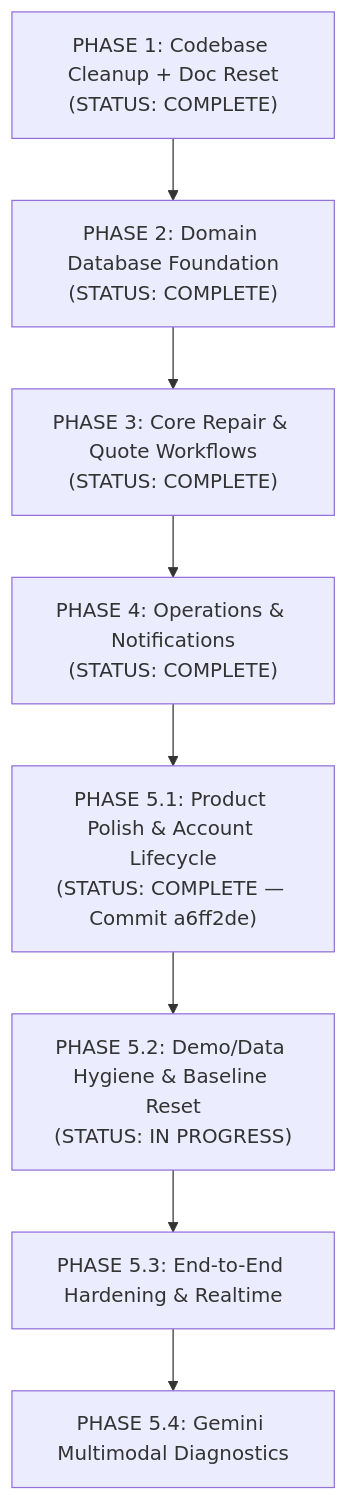
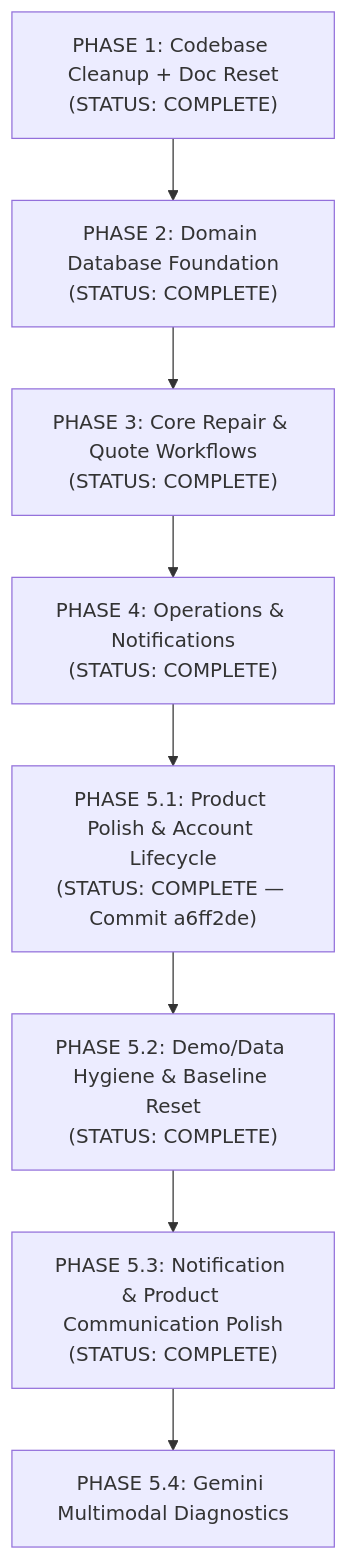
The diagram in IMPLEMENTATION_PLAN.md (ankitchamke/TerraByte), drawn with Mermaid before and after one commit. The commit also changed other lines of this file and 18 other files, not shown here.

Commit message:
feat: complete phase 5.3 notification polish

````diff
--- a/IMPLEMENTATION_PLAN.md
+++ b/IMPLEMENTATION_PLAN.md
@@ -15,10 +15,10 @@
 ```mermaid
 flowchart TD
     P1["PHASE 1: Codebase Cleanup + Doc Reset<br/>(STATUS: COMPLETE)"] --> P2["PHASE 2: Domain Database Foundation<br/>(STATUS: COMPLETE)"]
     P2 --> P3["PHASE 3: Core Repair & Quote Workflows<br/>(STATUS: COMPLETE)"]
     P3 --> P4["PHASE 4: Operations & Notifications<br/>(STATUS: COMPLETE)"]
     P4 --> P51["PHASE 5.1: Product Polish & Account Lifecycle<br/>(STATUS: COMPLETE — Commit a6ff2de)"]
-    P51 --> P52["PHASE 5.2: Demo/Data Hygiene & Baseline Reset<br/>(STATUS: IN PROGRESS)"]
-    P52 --> P53["PHASE 5.3: End-to-End Hardening & Realtime"]
+    P51 --> P52["PHASE 5.2: Demo/Data Hygiene & Baseline Reset<br/>(STATUS: COMPLETE)"]
+    P52 --> P53["PHASE 5.3: Notification & Product Communication Polish<br/>(STATUS: COMPLETE)"]
     P53 --> P54["PHASE 5.4: Gemini Multimodal Diagnostics"]
 ```
````
